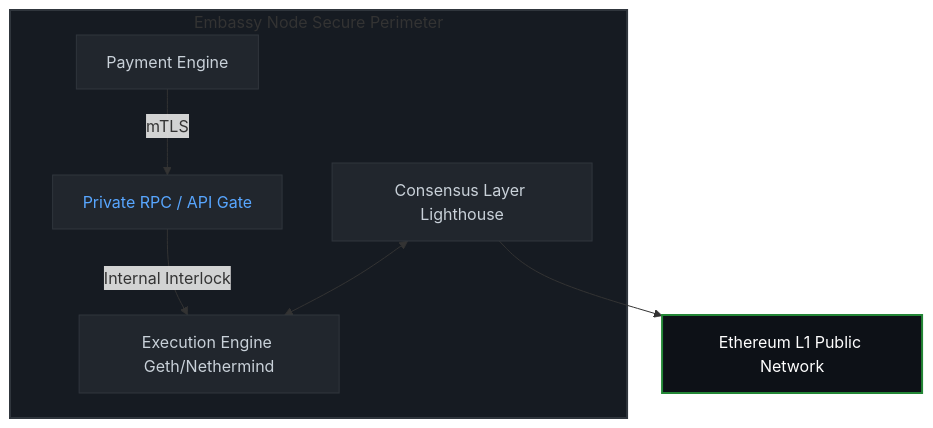
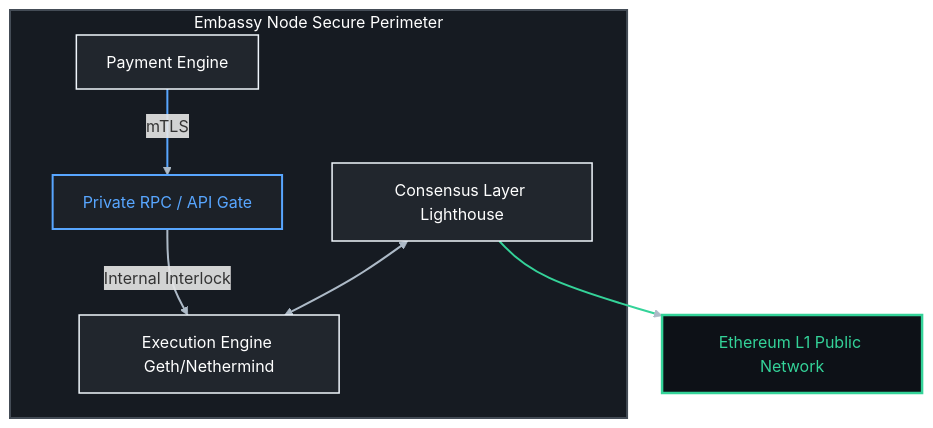
Before and after one commit to fxsecltd/demi-sro: the diagram in draft-shubralov-demi-sro-payment-security.md, drawn with Mermaid.

````diff
--- a/draft-shubralov-demi-sro-payment-security.md
+++ b/draft-shubralov-demi-sro-payment-security.md
@@ -392,16 +392,22 @@
 ```mermaid
 graph TD
     subgraph Perimeter [Embassy Node Secure Perimeter]
         PE[Payment Engine] -- mTLS --> RPC[Private RPC / API Gate]
         RPC -->|Internal Interlock| EE[Execution Engine Geth/Nethermind]
         CL[Consensus Layer Lighthouse] <--> EE
     end
     CL --> ETH[Ethereum L1 Public Network]
 
-    style Perimeter fill:#161b22,stroke:#30363d,stroke-width:2px
-    style PE fill:#21262d,stroke:#30363d,stroke-width:1px,color:#c9d1d9
-    style RPC fill:#21262d,stroke:#30363d,stroke-width:1px,color:#58a6ff
-    style EE fill:#21262d,stroke:#30363d,stroke-width:1px,color:#c9d1d9
-    style CL fill:#21262d,stroke:#30363d,stroke-width:1px,color:#c9d1d9
-    style ETH fill:#0d1117,stroke:#238636,stroke-width:2px,color:#fff
+    %% Стилизация высококонтрастных цветов для темной темы
+    style Perimeter fill:#161b22,stroke:#444c56,stroke-width:2px,color:#ffffff
+    style PE fill:#21262d,stroke:#f0f6fc,stroke-width:1.5px,color:#ffffff
+    style RPC fill:#1c2128,stroke:#58a6ff,stroke-width:2px,color:#58a6ff
+    style EE fill:#21262d,stroke:#f0f6fc,stroke-width:1.5px,color:#ffffff
+    style CL fill:#21262d,stroke:#f0f6fc,stroke-width:1.5px,color:#ffffff
+    style ETH fill:#0d1117,stroke:#34d399,stroke-width:2.5px,color:#34d399
+
+    %% Кастомизация стрелок и текста связей для максимальной видимости
+    linkStyle default stroke:#adbac7,stroke-width:2px;
+    linkStyle 0 stroke:#58a6ff,stroke-width:2px;
+    linkStyle 3 stroke:#34d399,stroke-width:2px;
 ```
````
